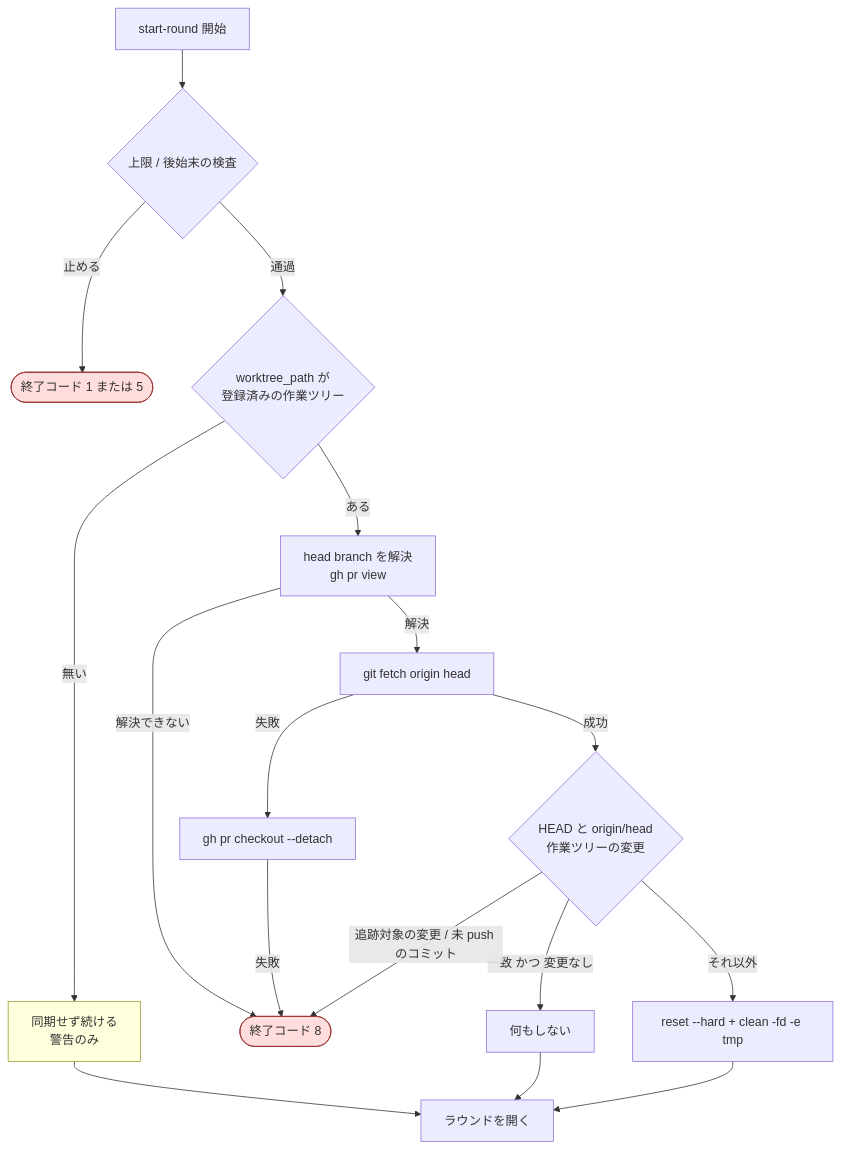
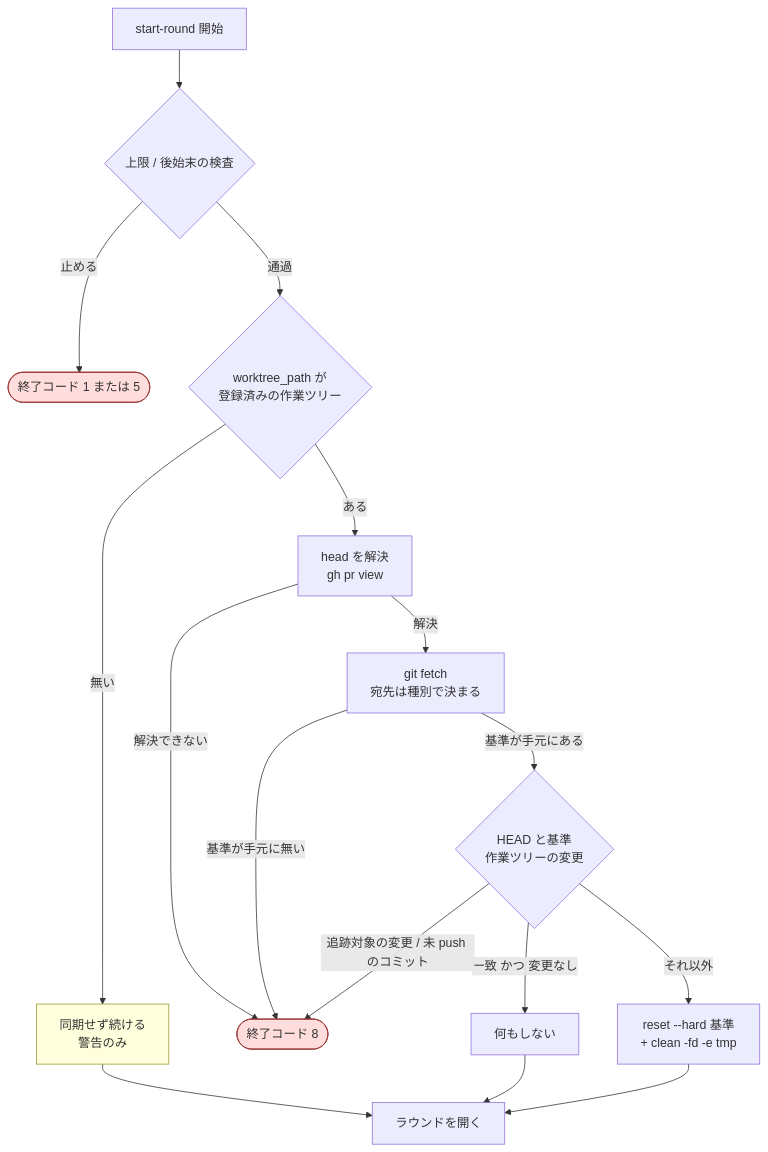
One commit to devbasex/ai-plugins changed the first of 3 diagrams in issues/parallel-batch-03/03-issue-217.md. Above: the diagram before and after it, drawn with Mermaid. The commit also changed other lines of this file and 1 other file, not shown here.

````diff
--- a/issues/parallel-batch-03/03-issue-217.md
+++ b/issues/parallel-batch-03/03-issue-217.md
@@ -244,21 +250,20 @@
 ```mermaid
 graph TD
     A[start-round 開始] --> B{上限 / 後始末の検査}
     B -->|止める| Z1([終了コード 1 または 5]):::stop
     B -->|通過| C{worktree_path が<br/>登録済みの作業ツリー}
     C -->|無い| D[同期せず続ける<br/>警告のみ]:::warn
-    C -->|ある| E[head branch を解決<br/>gh pr view]
+    C -->|ある| E[head を解決<br/>gh pr view]
     E -->|解決できない| Z2([終了コード 8]):::stop
-    E -->|解決| F[git fetch origin head]
-    F -->|失敗| G[gh pr checkout --detach]
-    F -->|成功| H{HEAD と origin/head<br/>作業ツリーの変更}
-    G -->|失敗| Z2
+    E -->|解決| F[git fetch<br/>宛先は種別で決まる]
+    F -->|基準が手元に無い| Z2
+    F -->|基準が手元にある| H{HEAD と基準<br/>作業ツリーの変更}
     H -->|一致 かつ 変更なし| I[何もしない]
     H -->|追跡対象の変更 / 未 push のコミット| Z2
-    H -->|それ以外| J[reset --hard + clean -fd -e tmp]
+    H -->|それ以外| J[reset --hard 基準<br/>+ clean -fd -e tmp]
     D --> K[ラウンドを開く]
     I --> K
     J --> K
     classDef stop fill:#fdd,stroke:#933
     classDef warn fill:#ffd,stroke:#993
 ```
````
